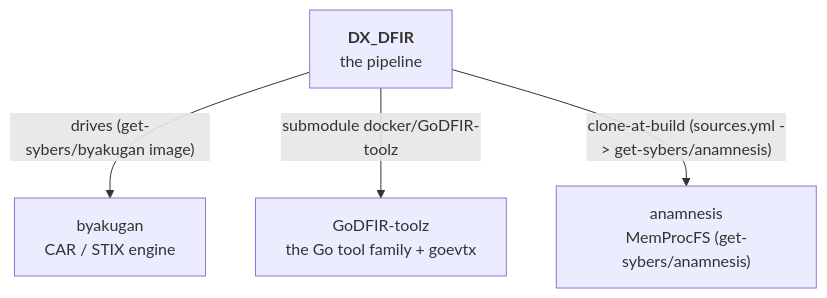
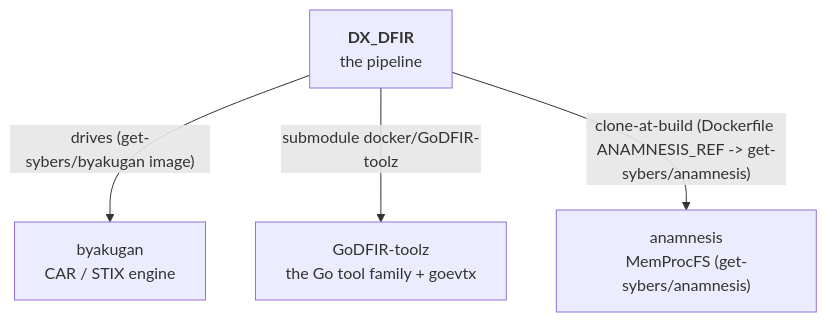
One commit to Get-Sybers/DX_DFIR changed the diagram in docs/reference/repository-map.md. Above: the diagram before and after it, drawn with Mermaid. The commit also changed other lines of this file and 25 other files, not shown here.

````diff
--- a/docs/reference/repository-map.md
+++ b/docs/reference/repository-map.md
@@ -8,10 +8,10 @@
 ```mermaid
 flowchart TD
     DX["<b>DX_DFIR</b><br/>the pipeline"]
     BYA["byakugan<br/>CAR / STIX engine"]
     TOOLZ["GoDFIR-toolz<br/>the Go tool family + goevtx"]
     MEM["anamnesis<br/>MemProcFS (get-sybers/anamnesis)"]
     DX -->|"drives (get-sybers/byakugan image)"| BYA
     DX -->|"submodule docker/GoDFIR-toolz"| TOOLZ
-    DX -->|"clone-at-build (sources.yml -> get-sybers/anamnesis)"| MEM
+    DX -->|"clone-at-build (Dockerfile ANAMNESIS_REF -> get-sybers/anamnesis)"| MEM
 ```
````
